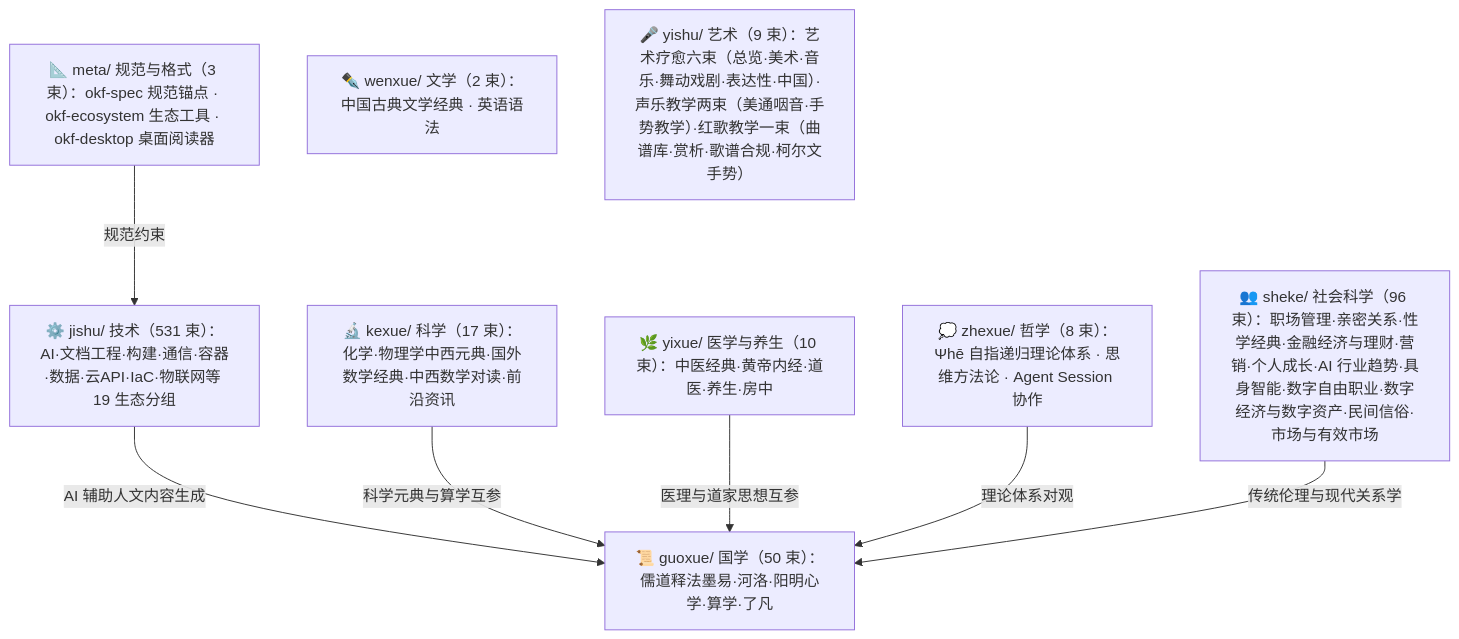
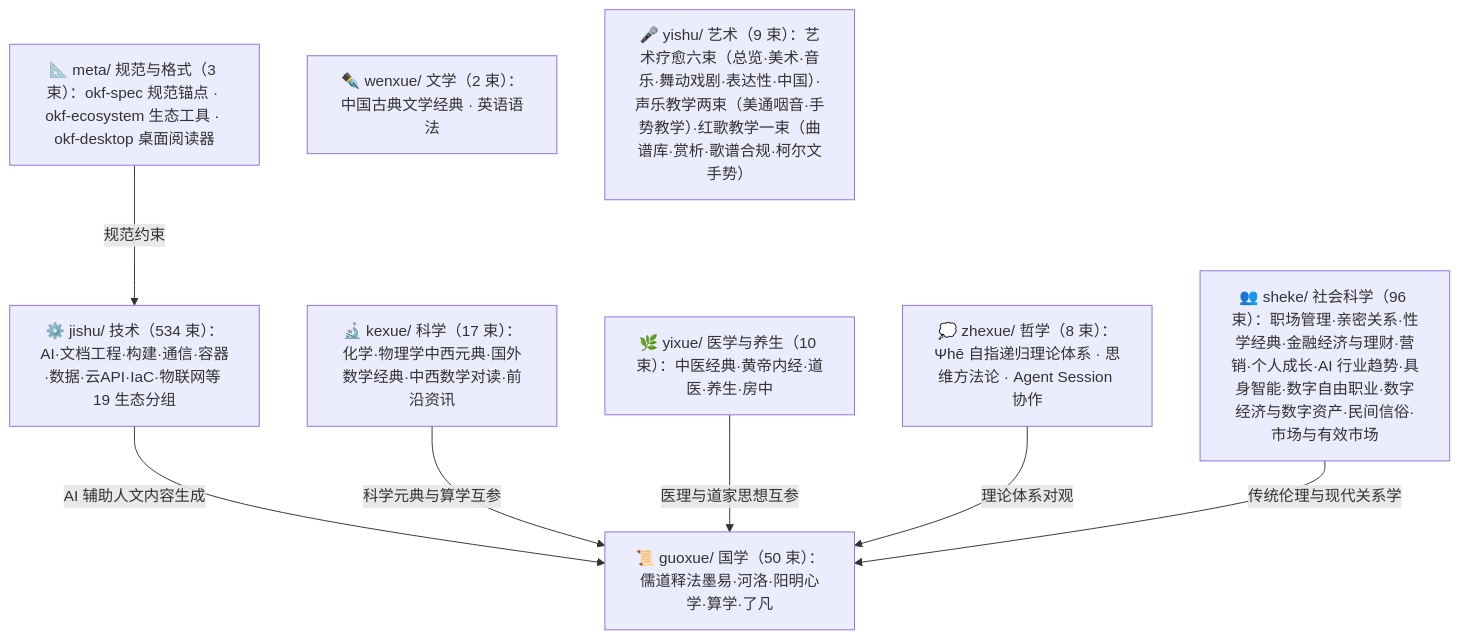
The diagram in doc/bundles/index.md (awesome-flexloop/awesome-okf), drawn with Mermaid before and after one commit. The commit also changed other lines of this file and 4 other files, not shown here.

````diff
--- a/doc/bundles/index.md
+++ b/doc/bundles/index.md
@@ -21,18 +21,18 @@
 ```mermaid
 flowchart TD
     meta["📐 meta/ 规范与格式（3 束）：okf-spec 规范锚点 · okf-ecosystem 生态工具 · okf-desktop 桌面阅读器"]
     guoxue["📜 guoxue/ 国学（50 束）：儒道释法墨易·河洛·阳明心学·算学·了凡"]
     zhexue["💭 zhexue/ 哲学（8 束）：Ψhē 自指递归理论体系 · 思维方法论 · Agent Session 协作"]
     kexue["🔬 kexue/ 科学（17 束）：化学·物理学中西元典·国外数学经典·中西数学对读·前沿资讯"]
     wenxue["✒️ wenxue/ 文学（2 束）：中国古典文学经典 · 英语语法"]
     yixue["🌿 yixue/ 医学与养生（10 束）：中医经典·黄帝内经·道医·养生·房中"]
     sheke["👥 sheke/ 社会科学（96 束）：职场管理·亲密关系·性学经典·金融经济与理财·营销·个人成长·AI 行业趋势·具身智能·数字自由职业·数字经济与数字资产·民间信俗·市场与有效市场"]
     yishu["🎤 yishu/ 艺术（9 束）：艺术疗愈六束（总览·美术·音乐·舞动戏剧·表达性·中国）·声乐教学两束（美通咽音·手势教学）·红歌教学一束（曲谱库·赏析·歌谱合规·柯尔文手势）"]
-    jishu["⚙️ jishu/ 技术（531 束）：AI·文档工程·构建·通信·容器·数据·云API·IaC·物联网等 19 生态分组"]
+    jishu["⚙️ jishu/ 技术（534 束）：AI·文档工程·构建·通信·容器·数据·云API·IaC·物联网等 19 生态分组"]
     meta -->|"规范约束"| jishu
     jishu -->|"AI 辅助人文内容生成"| guoxue
     kexue -->|"科学元典与算学互参"| guoxue
     yixue -->|"医理与道家思想互参"| guoxue
     zhexue -->|"理论体系对观"| guoxue
     sheke -->|"传统伦理与现代关系学"| guoxue
 ```
````
